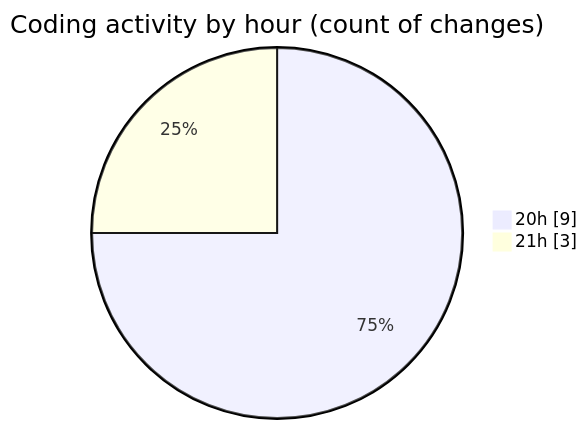
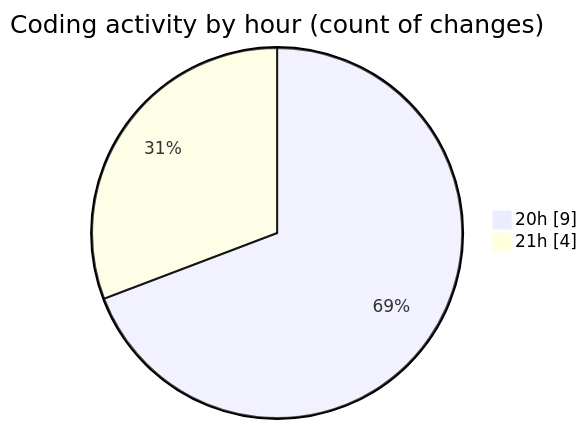
Before and after one commit to Ritupan-Deka/code-tracking: the second of 2 diagrams in 2025-05-21/filetransfer/README.md, drawn with Mermaid. The commit also changed other lines of this file and 1 other file, not shown here.

````diff
--- a/2025-05-21/filetransfer/README.md
+++ b/2025-05-21/filetransfer/README.md
@@ -30,6 +30,6 @@
 ```mermaid
 pie showData
 title Coding activity by hour (count of changes)
 "20h" : 9
-"21h" : 3
+"21h" : 4
 ```
````
